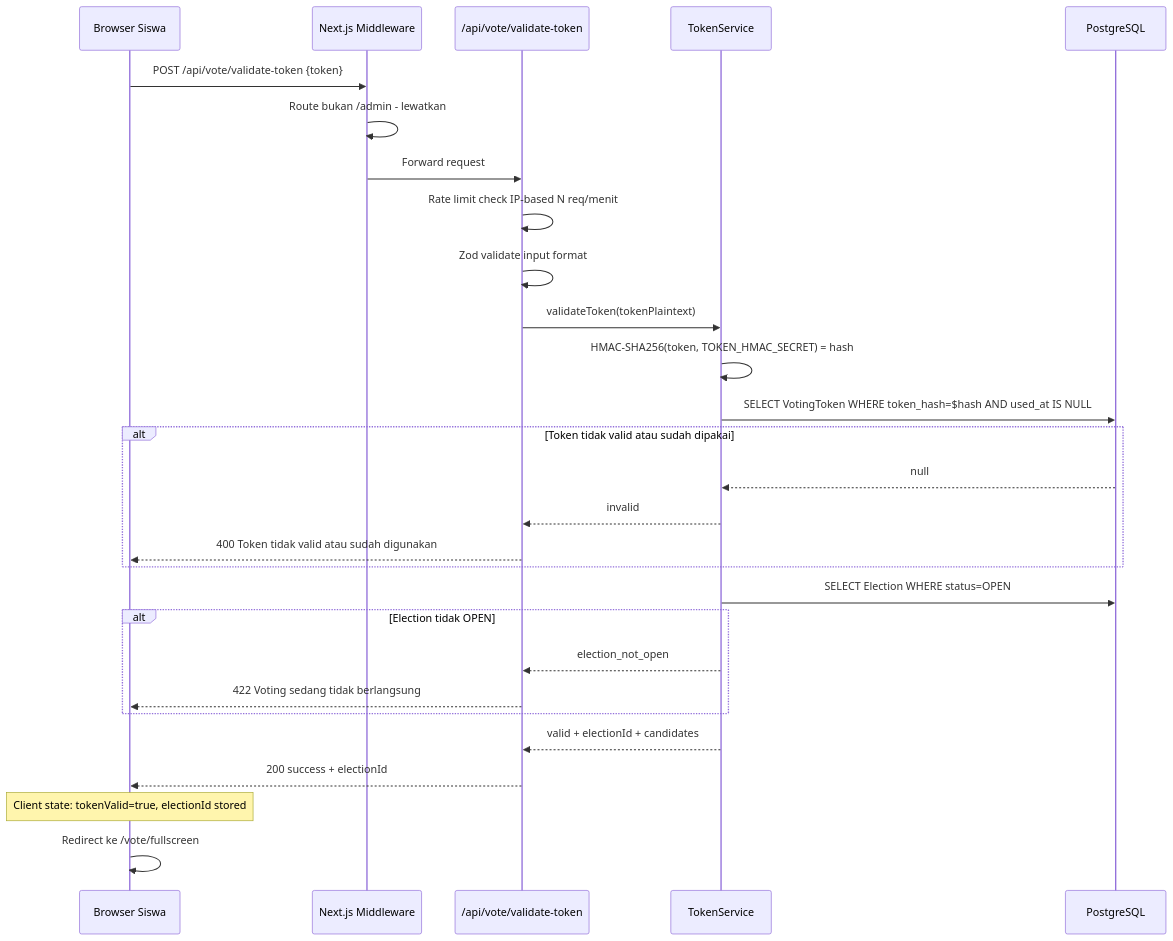
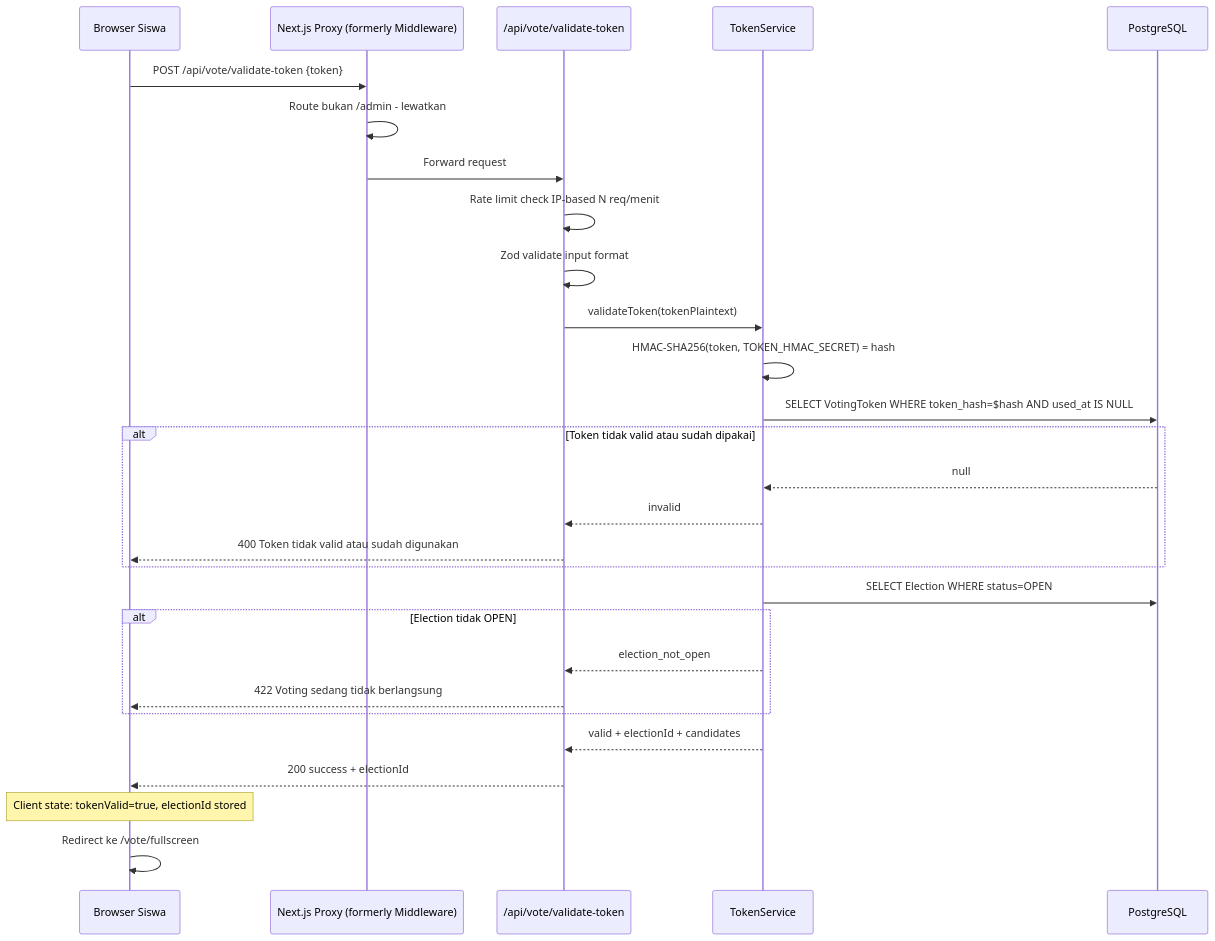
The fourth of 13 diagrams in docs/02_SYSTEM_ARCHITECTURE.md (Claritys11/web-pilketos), drawn with Mermaid before and after one commit. The commit also changed other lines of this file and 72 other files, not shown here.

````diff
--- a/docs/02_SYSTEM_ARCHITECTURE.md
+++ b/docs/02_SYSTEM_ARCHITECTURE.md
@@ -275,31 +281,31 @@
 ```mermaid
 sequenceDiagram
     participant B as Browser Siswa
-    participant MW as Next.js Middleware
+    participant MW as Next.js Proxy (formerly Middleware)
     participant API as /api/vote/validate-token
     participant Svc as TokenService
     participant DB as PostgreSQL
 
     B->>MW: POST /api/vote/validate-token {token}
     MW->>MW: Route bukan /admin - lewatkan
     MW->>API: Forward request
     API->>API: Rate limit check IP-based N req/menit
     API->>API: Zod validate input format
     API->>Svc: validateToken(tokenPlaintext)
     Svc->>Svc: HMAC-SHA256(token, TOKEN_HMAC_SECRET) = hash
     Svc->>DB: SELECT VotingToken WHERE token_hash=$hash AND used_at IS NULL
     alt Token tidak valid atau sudah dipakai
         DB-->>Svc: null
         Svc-->>API: invalid
         API-->>B: 400 Token tidak valid atau sudah digunakan
     end
     Svc->>DB: SELECT Election WHERE status=OPEN
     alt Election tidak OPEN
         Svc-->>API: election_not_open
         API-->>B: 422 Voting sedang tidak berlangsung
     end
     Svc-->>API: valid + electionId + candidates
     API-->>B: 200 success + electionId
     Note over B: Client state: tokenValid=true, electionId stored
     B->>B: Redirect ke /vote/fullscreen
 ```
````
